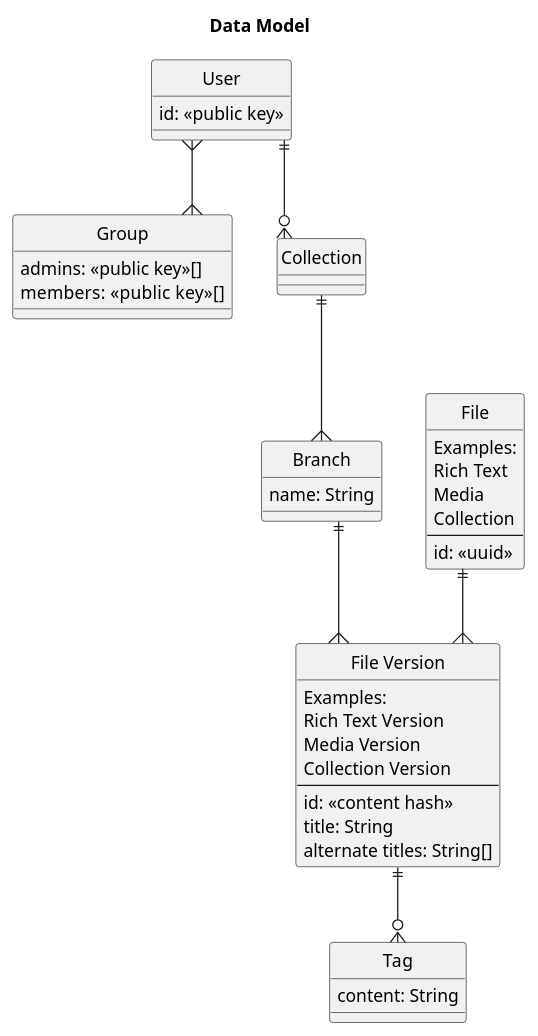
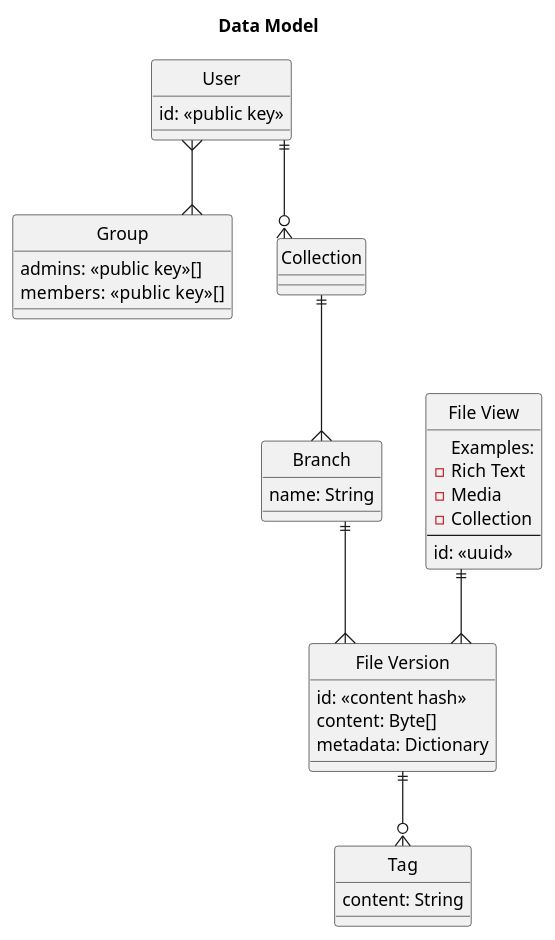
The first of 3 diagrams in README.md (wikinodes-net/wikinodes), drawn with PlantUML before and after one commit.

Commit message:
File View

````diff
--- a/README.md
+++ b/README.md
@@ -105,49 +105,44 @@
 ```plantuml
 title Data Model
 hide circle
 skinparam linetype ortho
 
 entity User {
     id: <<public key>>
 }
 
 entity Group {
     admins: <<public key>>[]
     members:  <<public key>>[]
 }
 
 entity Branch {
     name: String
 }
 
-entity File {
-    Examples:
-    Rich Text
-    Media
-    Collection
-    ---
-    id: <<uuid>>
-}
-
 entity Tag {
     content: String
 }
 
 entity "File Version" {
+    id: <<content hash>>
+    content: Byte[]
+    metadata: Dictionary
+}
+
+entity "File View" {
     Examples:
-    Rich Text Version
-    Media Version
-    Collection Version
+    - Rich Text
+    - Media
+    - Collection
     ---
-    id: <<content hash>>
-    title: String
-    alternate titles: String[]
+    id: <<uuid>>
 }
 
 "File Version" ||--o{ Tag
 User }--{ Group
 User ||--o{ Collection
 Collection ||--{ Branch
 Branch ||--{ "File Version"
-File ||--{ "File Version"
+"File View" ||--{ "File Version"
 ```
````
